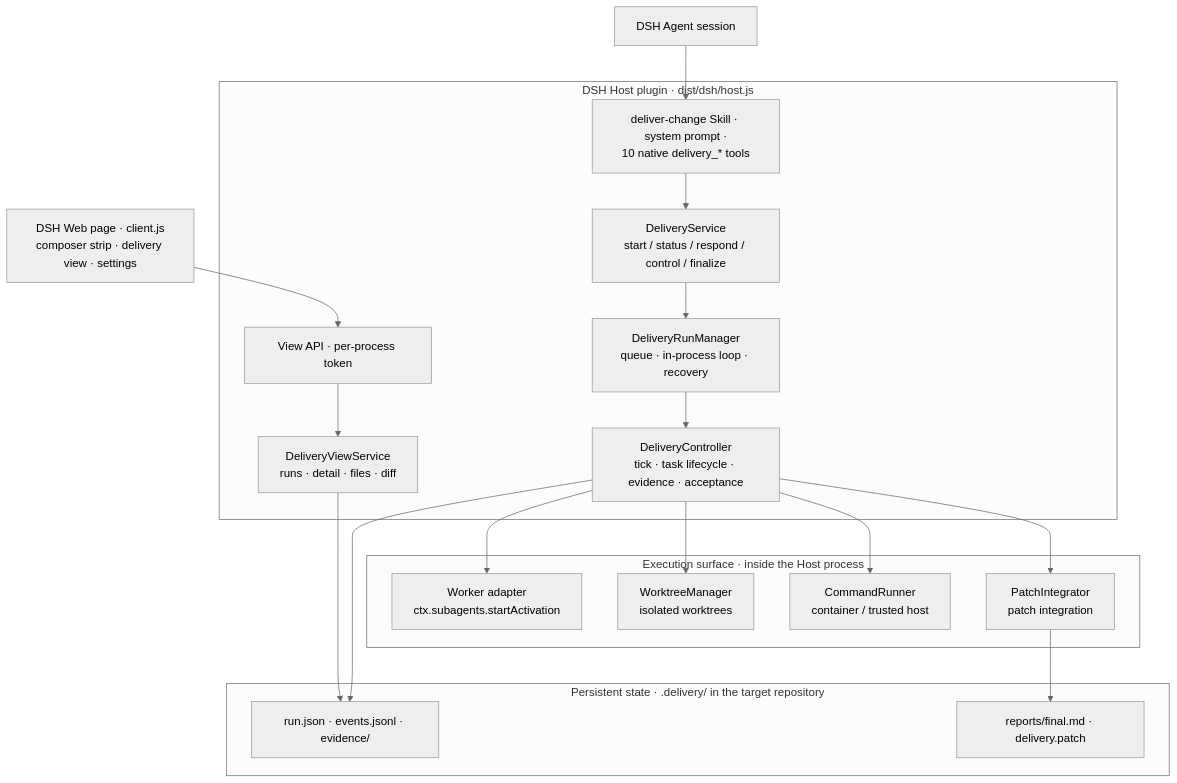
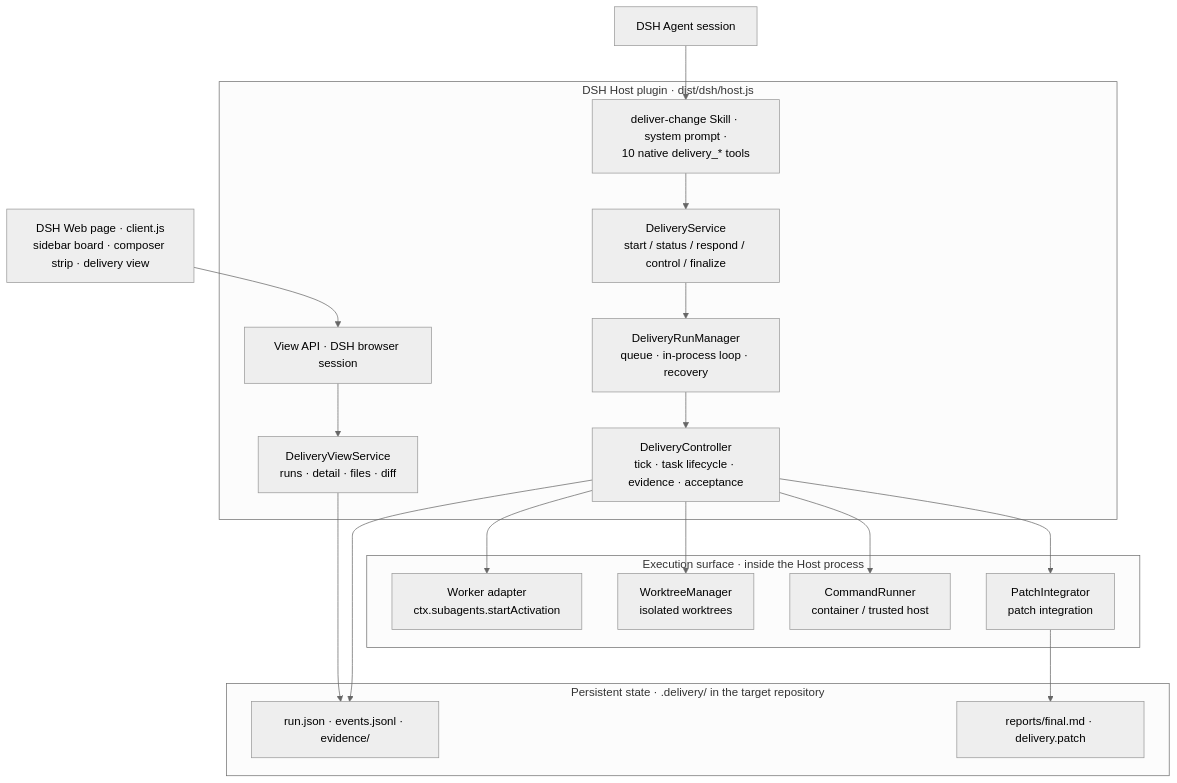
The first of 3 diagrams in README.md (loveowie/delivery-loop), drawn with Mermaid (neutral theme) before and after one commit. The commit also changed other lines of this file and 10 other files, not shown here.

Commit message:
feat(view): session-authenticated view API and sidebar delivery board; recover worker parent after reload

````diff
--- a/README.md
+++ b/README.md
@@ -33,40 +33,40 @@
 ```mermaid
 flowchart TB
   agent["DSH Agent session"]
-  web["DSH Web page · client.js<br/>composer strip · delivery view · settings"]
+  web["DSH Web page · client.js<br/>sidebar board · composer strip · delivery view"]
 
   subgraph host["DSH Host plugin · dist/dsh/host.js"]
     t["deliver-change Skill · system prompt ·<br/>10 native delivery_* tools"]
     s1["DeliveryService<br/>start / status / respond / control / finalize"]
     s3["DeliveryRunManager<br/>queue · in-process loop · recovery"]
     s4["DeliveryController<br/>tick · task lifecycle · evidence · acceptance"]
-    h3["View API · per-process token"]
+    h3["View API · DSH browser session"]
     s2["DeliveryViewService<br/>runs · detail · files · diff"]
   end
 
   subgraph exec["Execution surface · inside the Host process"]
     e1["Worker adapter<br/>ctx.subagents.startActivation"]
     e2["WorktreeManager<br/>isolated worktrees"]
     e3["CommandRunner<br/>container / trusted host"]
     e4["PatchIntegrator<br/>patch integration"]
   end
 
   subgraph store["Persistent state · .delivery/ in the target repository"]
     st1["run.json · events.jsonl · evidence/"]
     st2["reports/final.md · delivery.patch"]
   end
 
   agent --> t
   web --> h3
   t --> s1
   h3 --> s2
   s2 --> st1
   s1 --> s3
   s3 --> s4
   s4 --> e1
   s4 --> e2
   s4 --> e3
   s4 --> e4
   s4 --> st1
   e4 --> st2
 ```
````
